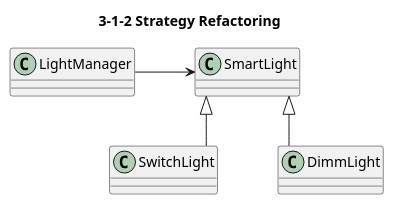
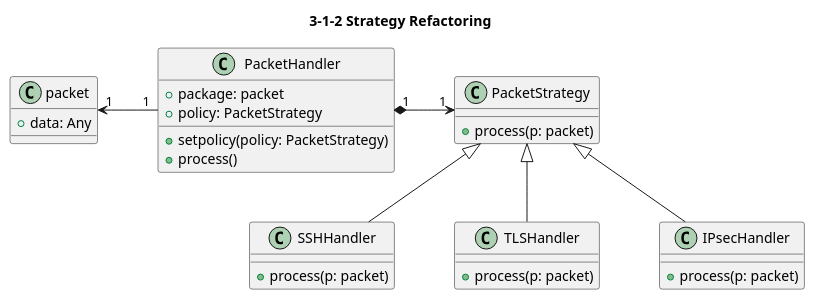
Before and after one commit to khanhln2907/Software_Architecture: the diagram in Assignment/HW3/submission/hw312.pu, drawn with PlantUML. The commit also changed 3 other files, not shown here.

```diff
--- a/Assignment/HW3/submission/hw312.pu
+++ b/Assignment/HW3/submission/hw312.pu
@@ -1,49 +1,63 @@
 @startuml
 ' Settings
 ' ============================
 
 ' use +,#,- instead of icons
 'skinparam classAttributeIconSize 0
 
 ' horizontal distance in px
 skinparam nodesep 60 
 
 ' vertical distance in px
 skinparam ranksep 50
 
 ' use only straight lines (ortho/polyline)
-skinparam linetype ortho
+'skinparam linetype polyline
 
 ' title
 title 3-1-2 Strategy Refactoring
 
 
 
 ' Abstract Classes
 ' ============================
+class PacketHandler{
+    +package: packet
+    +policy: PacketStrategy
 
+    +setpolicy(policy: PacketStrategy)
+    +process()
+}
 
-class SmartLight
-
-
+class PacketStrategy{
+    +process(p: packet)
+}
 
 ' Concrete Classes
 ' ============================
-class LightManager
+class packet{
+    +data: Any
+}
 
-class SwitchLight
+class SSHHandler{
+    +process(p: packet)
+}
 
-class DimmLight
+class TLSHandler{
+    +process(p: packet)
+}
 
-
+class IPsecHandler{
+    +process(p: packet)
+}
 
 
 ' Relations
 ' ================================
-LightManager -r-> SmartLight
+PacketHandler "1" *-r-> "1" PacketStrategy
+PacketHandler "1" -l-> "1" packet
 
-SwitchLight -u-|> SmartLight
-DimmLight -u-|> SmartLight
-
-
+SSHHandler -u-|> PacketStrategy
+TLSHandler -u-|> PacketStrategy
+IPsecHandler -u-|> PacketStrategy
 @enduml
```
